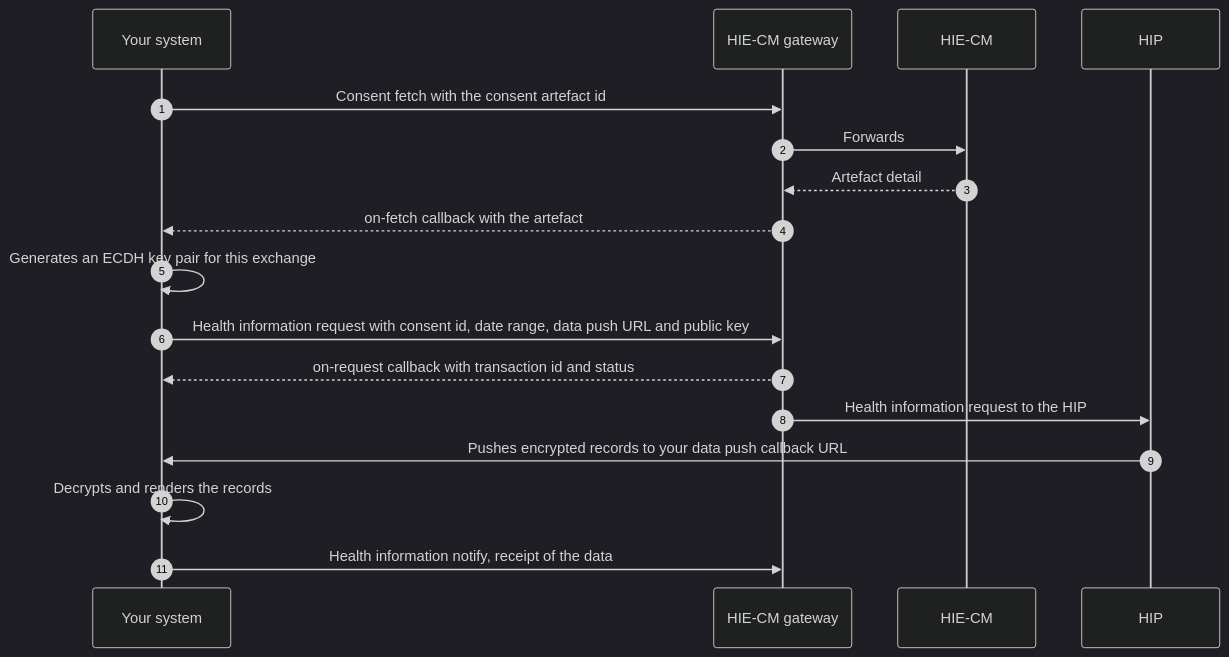
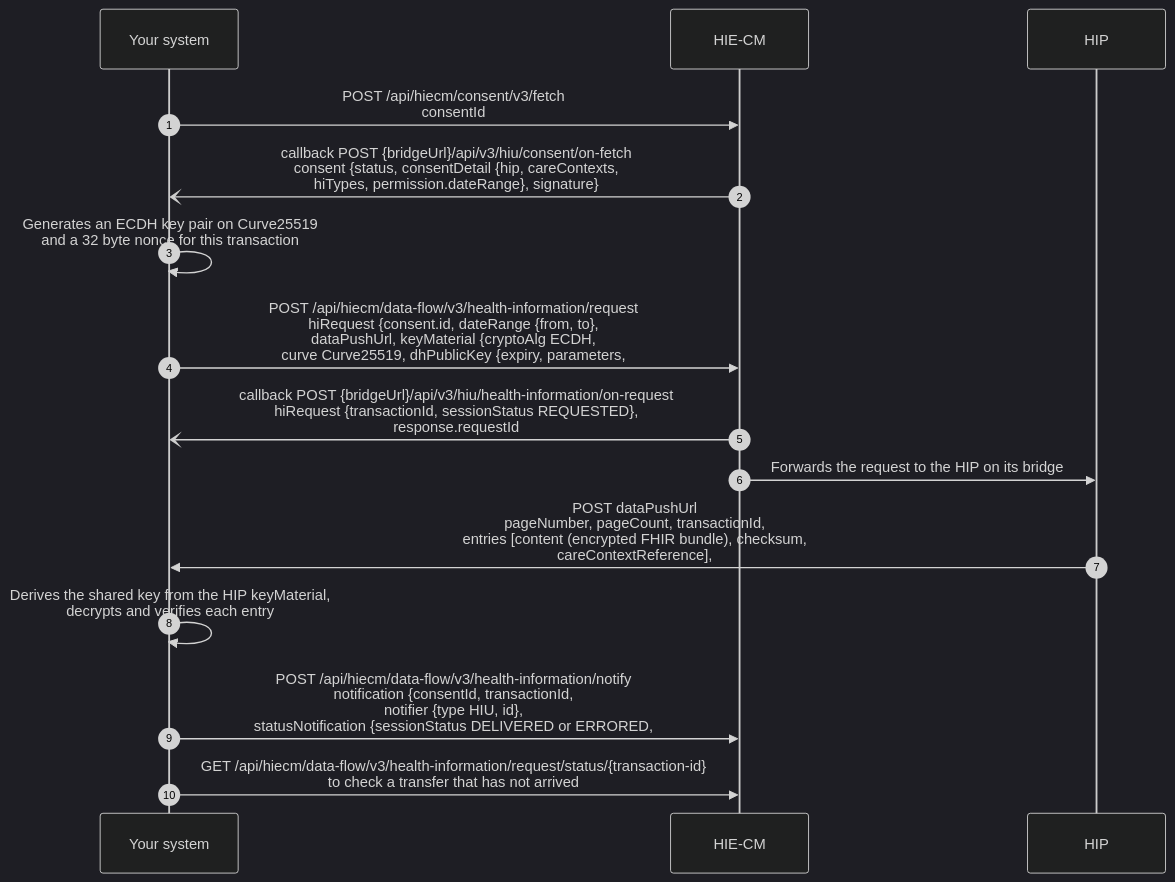
One commit to nha-in/docs changed the third of 3 diagrams in site/docs/hiecm/v3/milestones/m3.mdx. Above: the diagram before and after it, drawn with Mermaid (dark theme). The commit also changed other lines of this file and 4 other files, not shown here.

````diff
--- a/site/docs/hiecm/v3/milestones/m3.mdx
+++ b/site/docs/hiecm/v3/milestones/m3.mdx
@@ -184,19 +180,17 @@
 ```mermaid
 sequenceDiagram
     autonumber
     participant S as Your system
-    participant G as HIE-CM gateway
-    participant C as HIE-CM
+    participant CM as HIE-CM
     participant H as HIP
-    S->>G: Consent fetch with the consent artefact id
-    G->>C: Forwards
-    C-->>G: Artefact detail
-    G-->>S: on-fetch callback with the artefact
-    S->>S: Generates an ECDH key pair for this exchange
-    S->>G: Health information request with consent id, date range, data push URL and public key
-    G-->>S: on-request callback with transaction id and status
-    G->>H: Health information request to the HIP
-    H->>S: Pushes encrypted records to your data push callback URL
-    S->>S: Decrypts and renders the records
-    S->>G: Health information notify, receipt of the data
+    S->>CM: POST /api/hiecm/consent/v3/fetch<br/>consentId
+    CM-)S: callback POST {bridgeUrl}/api/v3/hiu/consent/on-fetch<br/>consent {status, consentDetail {hip, careContexts,<br/>hiTypes, permission.dateRange}, signature}
+    S->>S: Generates an ECDH key pair on Curve25519<br/>and a 32 byte nonce for this transaction
+    S->>CM: POST /api/hiecm/data-flow/v3/health-information/request<br/>hiRequest {consent.id, dateRange {from, to},<br/>dataPushUrl, keyMaterial {cryptoAlg ECDH,<br/>curve Curve25519, dhPublicKey {expiry, parameters,
+    CM-)S: callback POST {bridgeUrl}/api/v3/hiu/health-information/on-request<br/>hiRequest {transactionId, sessionStatus REQUESTED},<br/>response.requestId
+    CM->>H: Forwards the request to the HIP on its bridge
+    H->>S: POST dataPushUrl<br/>pageNumber, pageCount, transactionId,<br/>entries [content (encrypted FHIR bundle), checksum,<br/>careContextReference],
+    S->>S: Derives the shared key from the HIP keyMaterial,<br/>decrypts and verifies each entry
+    S->>CM: POST /api/hiecm/data-flow/v3/health-information/notify<br/>notification {consentId, transactionId,<br/>notifier {type HIU, id},<br/>statusNotification {sessionStatus DELIVERED or ERRORED,
+    S->>CM: GET /api/hiecm/data-flow/v3/health-information/request/status/{transaction-id}<br/>to check a transfer that has not arrived
 ```
````
